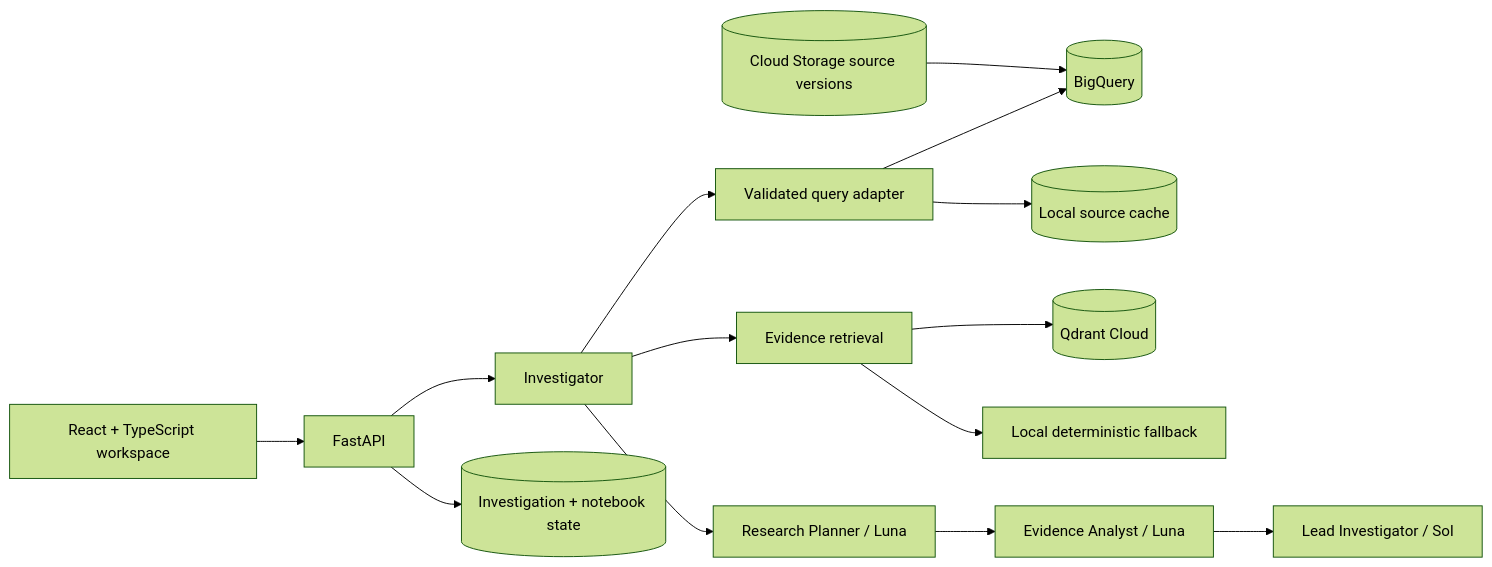
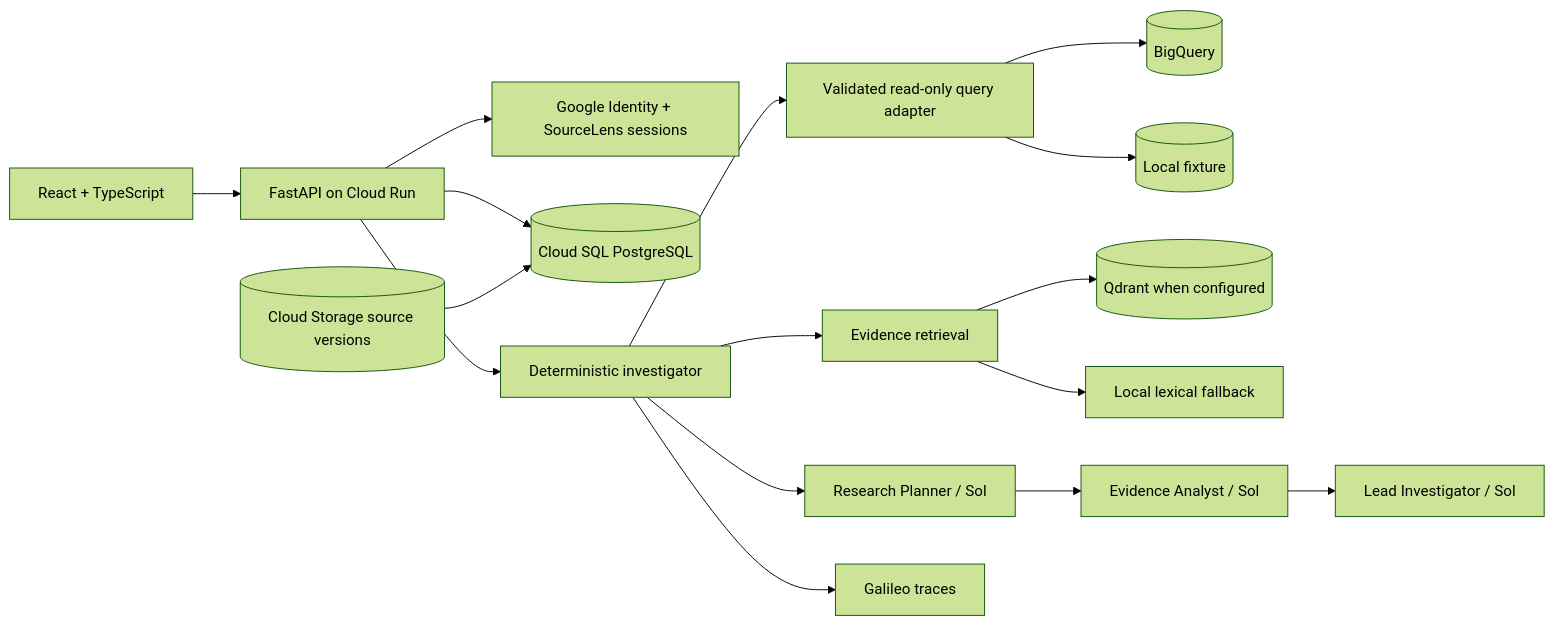
One commit to abanerjee23/My-LLM-Apps changed the diagram in apps/sourcelens-agentic-evidence-workspace/README.md. Above: the diagram before and after it, drawn with Mermaid (forest theme). The commit also changed other lines of this file and 48 other files, not shown here.

Commit message:
Release SourceLens auth observability and frontend

````diff
--- a/apps/sourcelens-agentic-evidence-workspace/README.md
+++ b/apps/sourcelens-agentic-evidence-workspace/README.md
@@ -67,16 +41,18 @@
 ```mermaid
 flowchart LR
-    UI[React + TypeScript workspace] --> API[FastAPI]
-    API --> INV[Investigator]
-    INV --> SQL[Validated query adapter]
+    UI[React + TypeScript] --> API[FastAPI on Cloud Run]
+    API --> AUTH[Google Identity + SourceLens sessions]
+    API --> STATE[(Cloud SQL PostgreSQL)]
+    API --> INV[Deterministic investigator]
+    INV --> SQL[Validated read-only query adapter]
     SQL --> BQ[(BigQuery)]
-    SQL --> LDB[(Local source cache)]
+    SQL --> LDB[(Local fixture)]
     INV --> RET[Evidence retrieval]
-    RET --> QD[(Qdrant Cloud)]
-    RET --> LR[Local deterministic fallback]
-    INV --> PLAN[Research Planner / Luna]
-    PLAN --> EVID[Evidence Analyst / Luna]
+    RET --> QD[(Qdrant when configured)]
+    RET --> LOCAL[Local lexical fallback]
+    INV --> PLAN[Research Planner / Sol]
+    PLAN --> EVID[Evidence Analyst / Sol]
     EVID --> LEAD[Lead Investigator / Sol]
-    API --> STATE[(Investigation + notebook state)]
-    RAW[(Cloud Storage source versions)] --> BQ
+    INV --> GAL[Galileo traces]
+    RAW[(Cloud Storage source versions)] --> STATE
 ```
````
